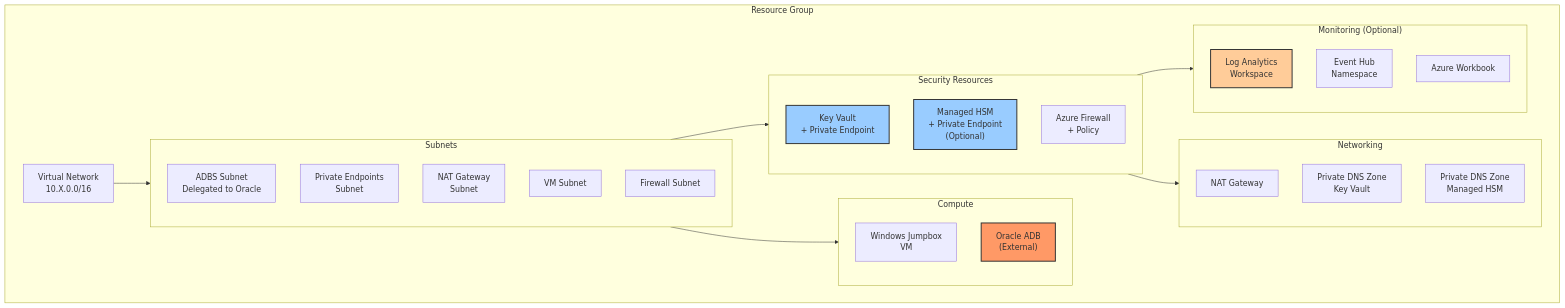
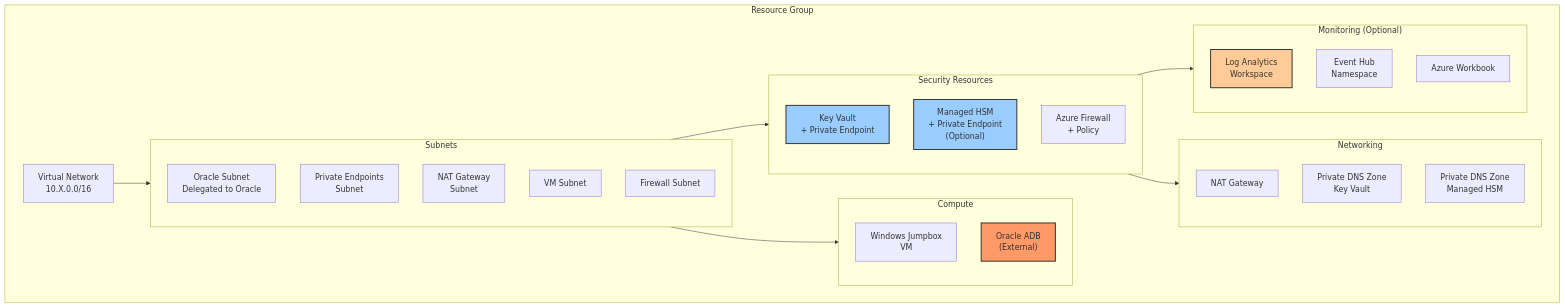
Before and after one commit to terrymandin/odaa-akv-tests: the fourth of 15 diagrams in DOCUMENTATION_GUIDE.md, drawn with Mermaid. The commit also changed other lines of this file and 18 other files, not shown here.

````diff
--- a/DOCUMENTATION_GUIDE.md
+++ b/DOCUMENTATION_GUIDE.md
@@ -225,48 +225,48 @@
 ```mermaid
 flowchart TB
     subgraph ResourceGroup["Resource Group"]
         VNet["Virtual Network<br/>10.X.0.0/16"]
         
         subgraph Subnets["Subnets"]
-            S1["ADBS Subnet<br/>Delegated to Oracle"]
+            S1["Oracle Subnet<br/>Delegated to Oracle"]
             S2["Private Endpoints<br/>Subnet"]
             S3["NAT Gateway<br/>Subnet"]
             S4["VM Subnet"]
             S5["Firewall Subnet"]
         end
         
         subgraph Security["Security Resources"]
             KV["Key Vault<br/>+ Private Endpoint"]
             HSM["Managed HSM<br/>+ Private Endpoint<br/>(Optional)"]
             FW["Azure Firewall<br/>+ Policy"]
         end
         
         subgraph Compute["Compute"]
             VM["Windows Jumpbox<br/>VM"]
             ADB["Oracle ADB<br/>(External)"]
         end
         
         subgraph Networking["Networking"]
             NAT["NAT Gateway"]
             DNS1["Private DNS Zone<br/>Key Vault"]
             DNS2["Private DNS Zone<br/>Managed HSM"]
         end
         
         subgraph Monitoring["Monitoring (Optional)"]
             LA["Log Analytics<br/>Workspace"]
             EH["Event Hub<br/>Namespace"]
             WB["Azure Workbook"]
         end
     end
     
     VNet --> Subnets
     Subnets --> Security
     Subnets --> Compute
     Security --> Networking
     Security --> Monitoring
     
     style KV fill:#9cf,stroke:#333,stroke-width:2px
     style HSM fill:#9cf,stroke:#333,stroke-width:2px
     style LA fill:#fc9,stroke:#333,stroke-width:2px
     style ADB fill:#f96,stroke:#333,stroke-width:2px
 ```
````
